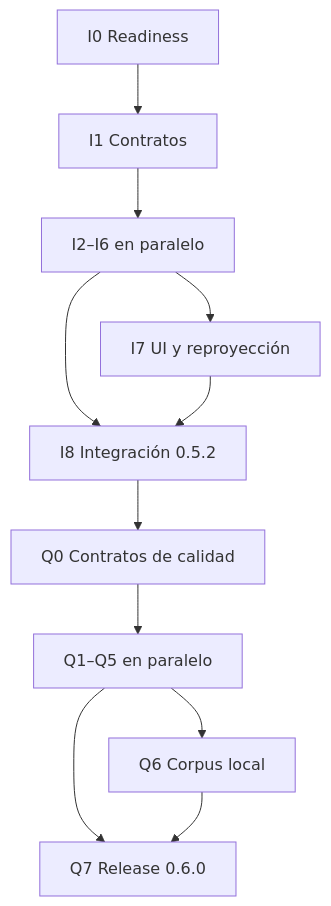
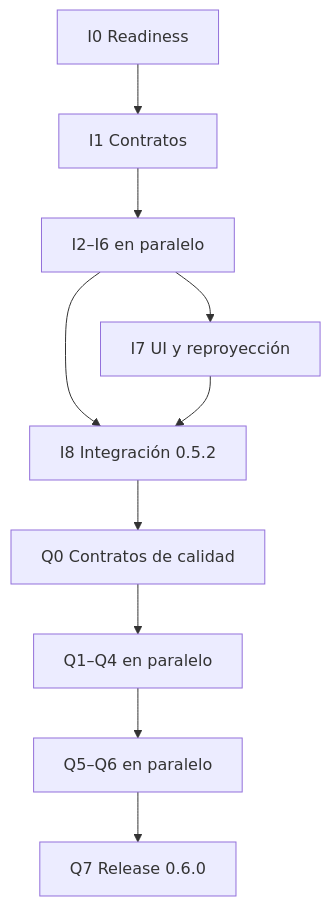
One commit to ravacholin/Diarioele changed the diagram in PHASE5_2_AGENT_COLLABORATION.md. Above: the diagram before and after it, drawn with Mermaid. The commit also changed other lines of this file, not shown here.

Commit message:
docs: sequence quality UI work without agent conflicts

````diff
--- a/PHASE5_2_AGENT_COLLABORATION.md
+++ b/PHASE5_2_AGENT_COLLABORATION.md
@@ -89,13 +97,12 @@
 ```mermaid
 flowchart TD
     I0["I0 Readiness"] --> I1["I1 Contratos"]
     I1 --> W1["I2–I6 en paralelo"]
     W1 --> I7["I7 UI y reproyección"]
     W1 --> I8["I8 Integración 0.5.2"]
     I7 --> I8
     I8 --> Q0["Q0 Contratos de calidad"]
-    Q0 --> Q1["Q1–Q5 en paralelo"]
-    Q1 --> Q6["Q6 Corpus local"]
-    Q1 --> Q7["Q7 Release 0.6.0"]
-    Q6 --> Q7
+    Q0 --> Q1["Q1–Q4 en paralelo"]
+    Q1 --> Q2["Q5–Q6 en paralelo"]
+    Q2 --> Q7["Q7 Release 0.6.0"]
 ```
````
